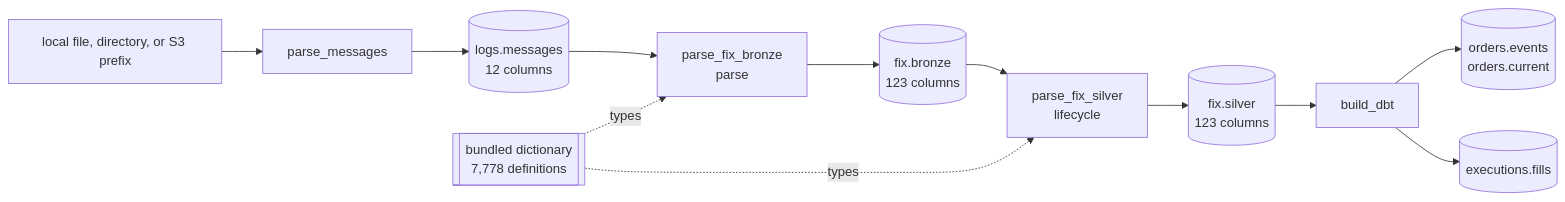
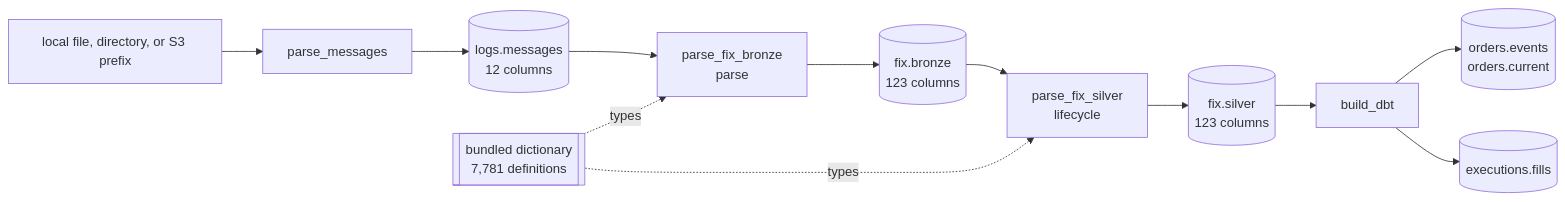
The diagram in docs/pipeline/index.md (Platob/yggfin), drawn with Mermaid before and after one commit. The commit also changed 26 other files, not shown here.

````diff
--- a/docs/pipeline/index.md
+++ b/docs/pipeline/index.md
@@ -6,14 +6,14 @@
 ```mermaid
 flowchart LR
     U["local file, directory, or S3 prefix"] --> T["parse_messages"]
     T --> M[("logs.messages<br/>12 columns")]
     M --> F["parse_fix_bronze<br/>parse"]
-    R[["bundled dictionary<br/>7,778 definitions"]] -.types.-> F
+    R[["bundled dictionary<br/>7,781 definitions"]] -.types.-> F
     F --> X[("fix.bronze<br/>123 columns")]
     X --> L["parse_fix_silver<br/>lifecycle"]
     R -.types.-> L
     L --> S[("fix.silver<br/>123 columns")]
     S --> B["build_dbt"]
     B --> O[("orders.events<br/>orders.current")]
     B --> C[("executions.fills")]
 ```
````
